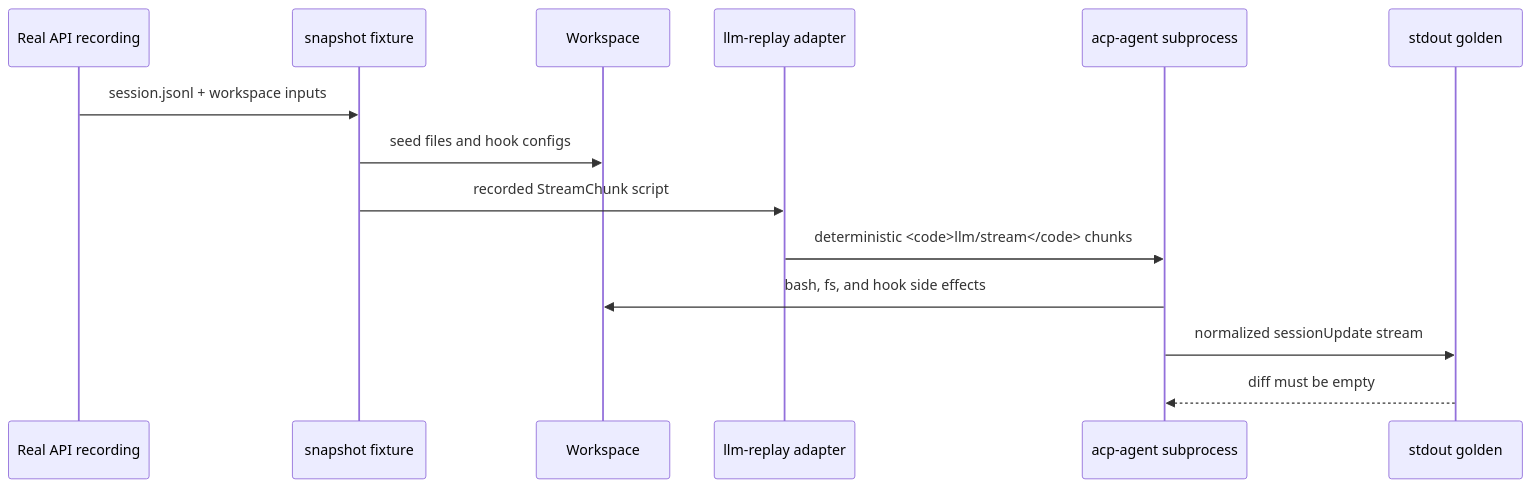
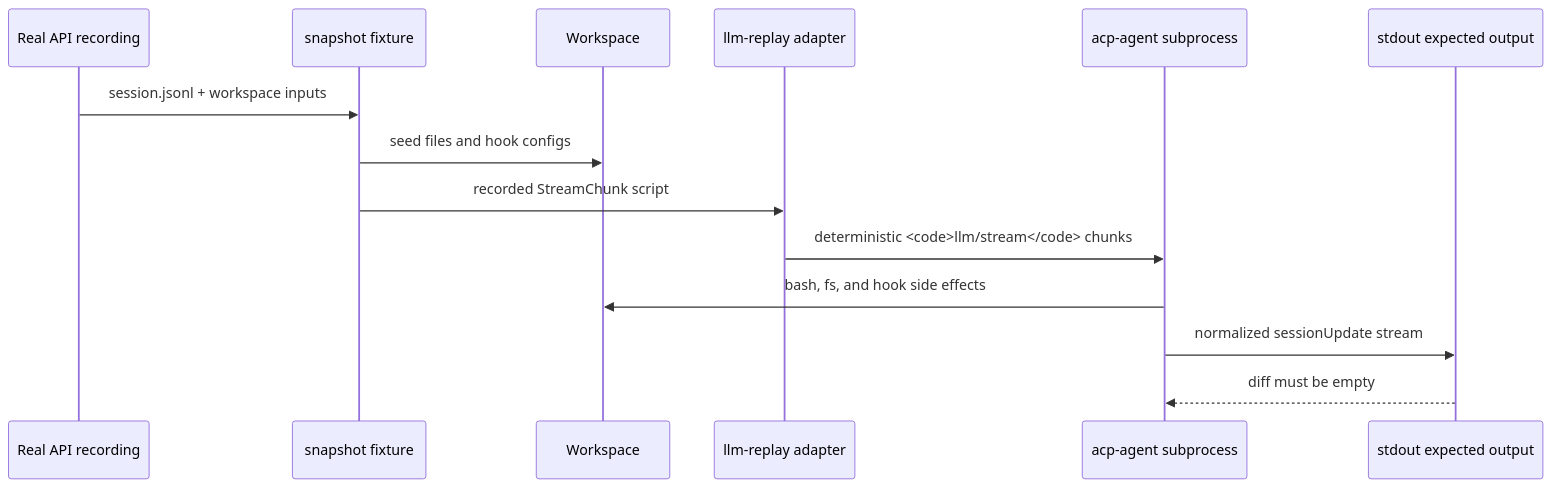
The diagram in packages/ui/acp/snapshot-replay.md (eru123/coco-harness), drawn with Mermaid before and after one commit. The commit also changed 158 other files, not shown here.

First line of the commit message:
Merge pull request #397 from deepseek-harness/codex/rename-golden-files-to-expected

````diff
--- a/packages/ui/acp/snapshot-replay.md
+++ b/packages/ui/acp/snapshot-replay.md
@@ -8,16 +8,16 @@
 ```mermaid
 sequenceDiagram
   participant Recorder as Real API recording
   participant Fixture as snapshot fixture
   participant Workspace
   participant Replay as llm-replay adapter
   participant ACP as acp-agent subprocess
-  participant Golden as stdout golden
+  participant Expected as stdout expected output
   Recorder->>Fixture: session.jsonl + workspace inputs
   Fixture->>Workspace: seed files and hook configs
   Fixture->>Replay: recorded StreamChunk script
   Replay->>ACP: deterministic <code>llm/stream</code> chunks
   ACP->>Workspace: bash, fs, and hook side effects
-  ACP->>Golden: normalized sessionUpdate stream
-  Golden-->>ACP: diff must be empty
+  ACP->>Expected: normalized sessionUpdate stream
+  Expected-->>ACP: diff must be empty
 ```
````
